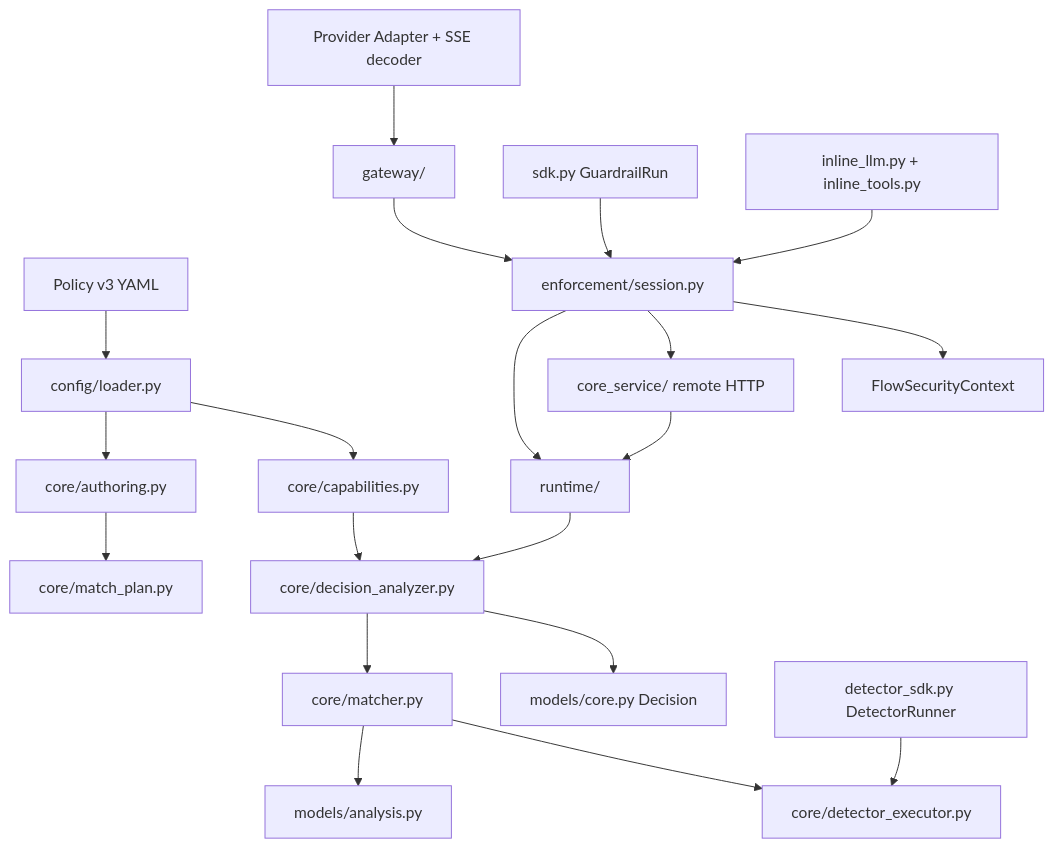
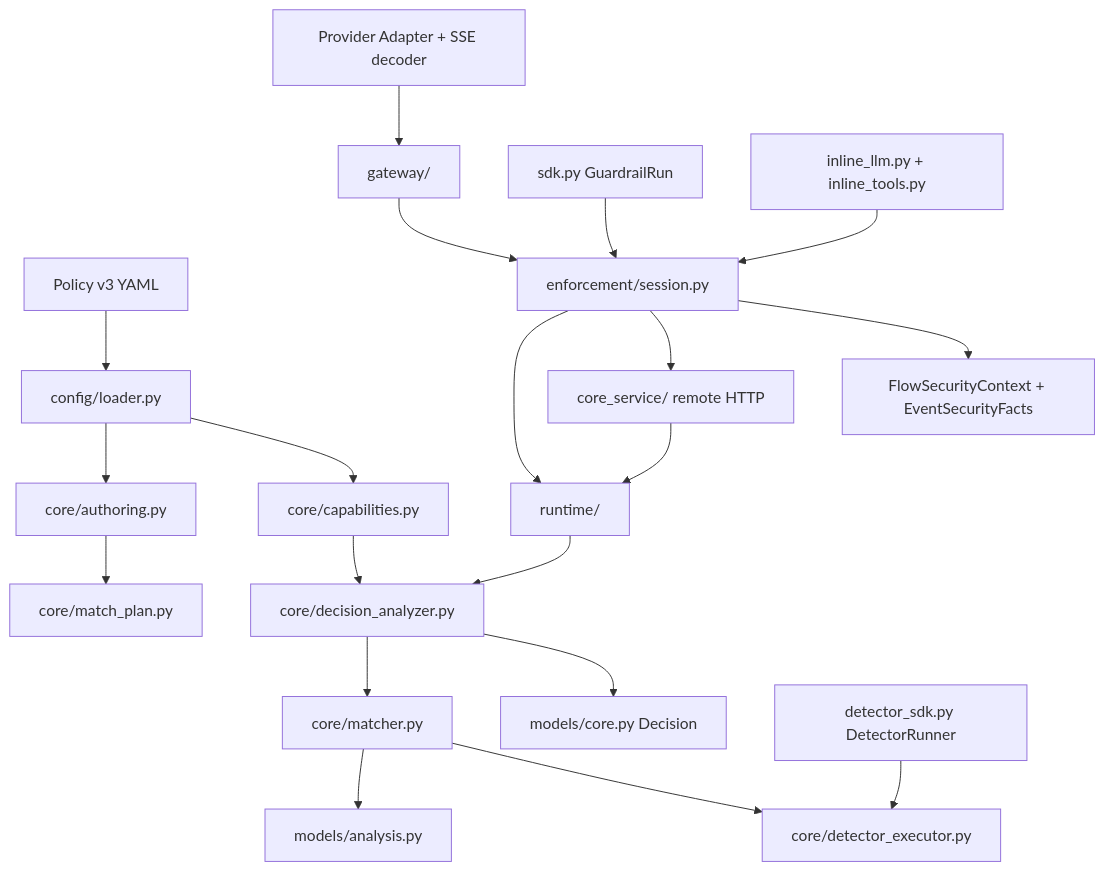
The diagram in docs/contributing.md (cipeizheng/agent-guardrail), drawn with Mermaid before and after one commit. The commit also changed other lines of this file and 25 other files, not shown here.

Commit message:
feat: persist event source trust facts

````diff
--- a/docs/contributing.md
+++ b/docs/contributing.md
@@ -20,22 +20,22 @@
 ```mermaid
 flowchart TD
     YAML[Policy v3 YAML] --> Loader[config/loader.py]
     Loader --> Author[core/authoring.py]
     Author --> Plan[core/match_plan.py]
     Loader --> Cap[core/capabilities.py]
     Cap --> Analyzer[core/decision_analyzer.py]
     Analyzer --> Matcher[core/matcher.py]
     Matcher --> Report[models/analysis.py]
     Analyzer --> Decision[models/core.py Decision]
     Runtime[runtime/] --> Analyzer
     Remote[core_service/ remote HTTP] --> Runtime
     Provider[Provider Adapter + SSE decoder] --> Gateway[gateway/]
     Gateway --> Session[enforcement/session.py]
     Direct[detector_sdk.py DetectorRunner] --> DetectorExec[core/detector_executor.py]
     SDK[sdk.py GuardrailRun] --> Session
     Inline[inline_llm.py + inline_tools.py] --> Session
     Session --> Runtime
     Session --> Remote
-    Session --> Security[FlowSecurityContext]
+    Session --> Security[FlowSecurityContext + EventSecurityFacts]
     Matcher --> DetectorExec
 ```
````
